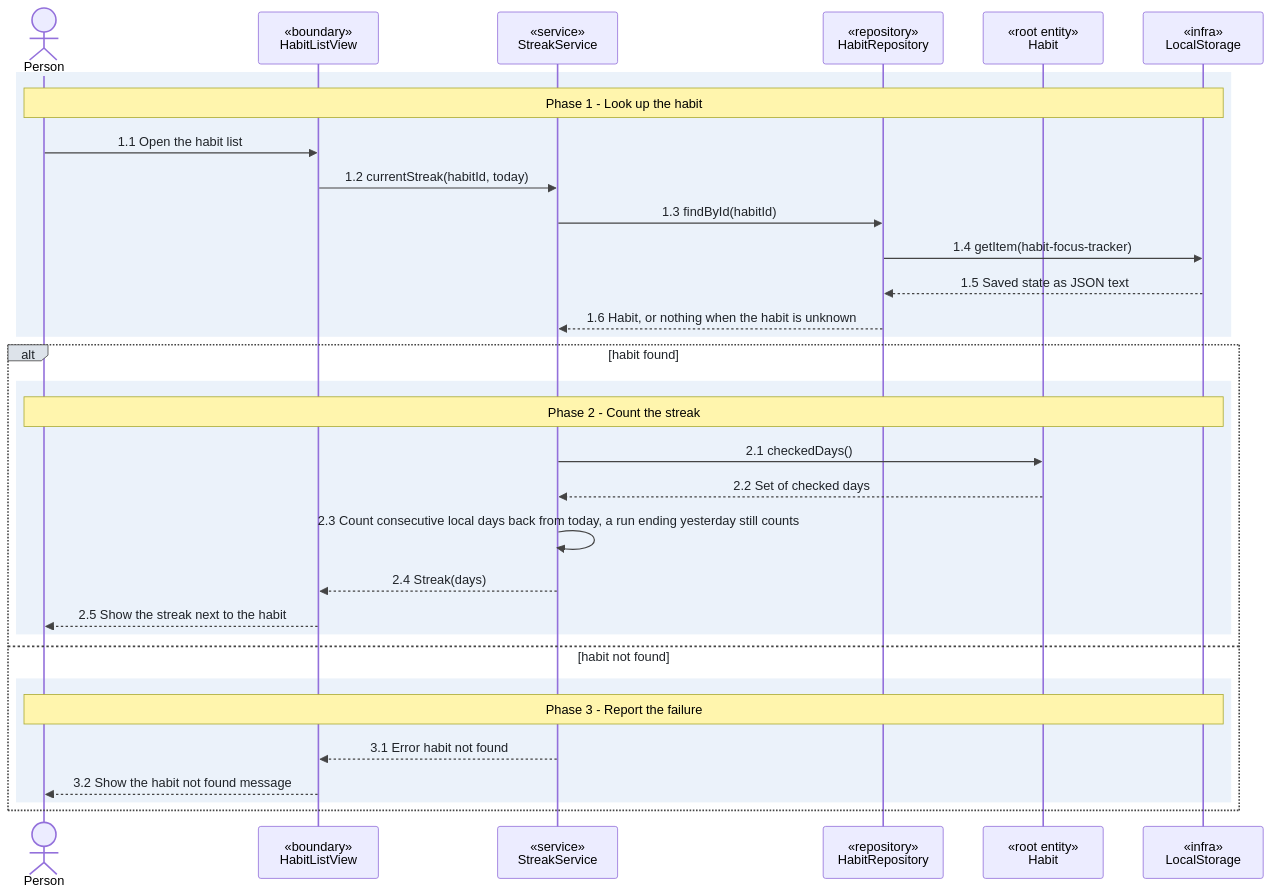
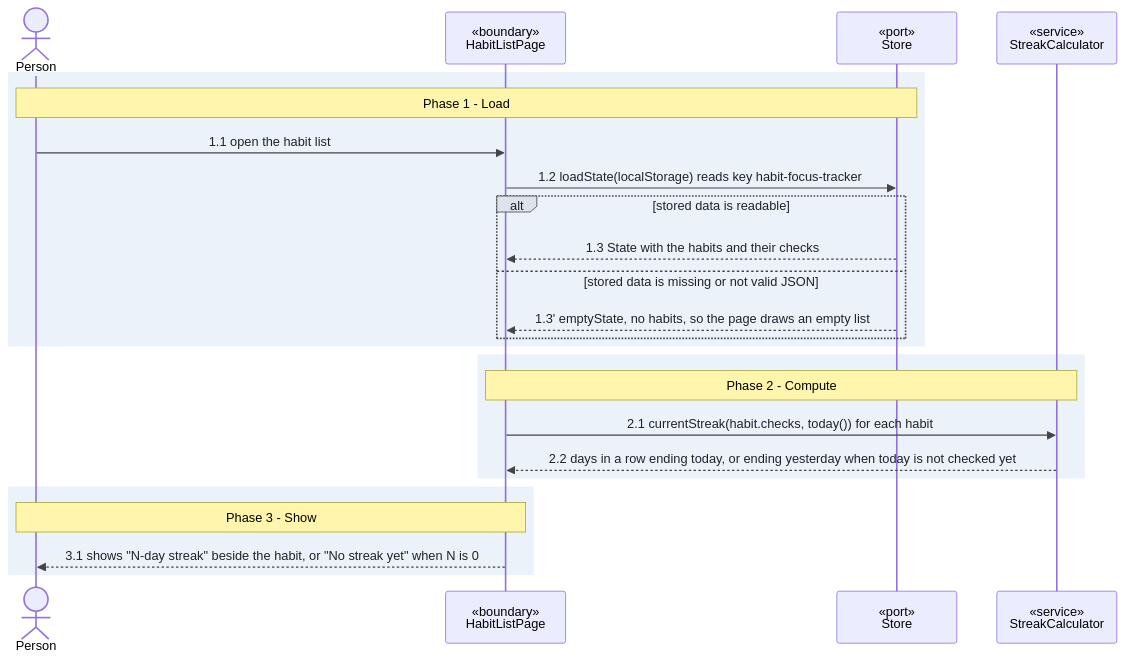
Before and after one commit to joisse1101/the-toolbox: the second of 3 diagrams in toolkit/sample/story-to-code/stages/planned/.plans/habits/slices/streaks/UC-streaks.md, drawn with Mermaid. The commit also changed other lines of this file and 20 other files, not shown here.

````diff
--- a/toolkit/sample/story-to-code/stages/planned/.plans/habits/slices/streaks/UC-streaks.md
+++ b/toolkit/sample/story-to-code/stages/planned/.plans/habits/slices/streaks/UC-streaks.md
@@ -101,35 +89,27 @@
 ```mermaid
 %%{init: {'themeVariables': {'signalTextColor':'#1f2328','labelTextColor':'#1f2328','loopTextColor':'#1f2328','signalColor':'#444','labelBoxBkgColor':'#dde3ea','labelBoxBorderColor':'#444'}}}%%
 sequenceDiagram
-  actor P as Person
-  participant V as «boundary»<br/>HabitListView
-  participant S as «service»<br/>StreakService
-  participant R as «repository»<br/>HabitRepository
-  participant H as «root entity»<br/>Habit
-  participant L as «infra»<br/>LocalStorage
+  actor Person
+  participant Page as «boundary»<br/>HabitListPage
+  participant Store as «port»<br/>Store
+  participant Calc as «service»<br/>StreakCalculator
   rect rgb(235, 242, 250)
-    Note over P,L: Phase 1 - Look up the habit
-    P->>V: 1.1 Open the habit list
-    V->>S: 1.2 currentStreak(habitId, today)
-    S->>R: 1.3 findById(habitId)
-    R->>L: 1.4 getItem(habit-focus-tracker)
-    L-->>R: 1.5 Saved state as JSON text
-    R-->>S: 1.6 Habit, or nothing when the habit is unknown
-  end
-  alt habit found
-    rect rgb(235, 242, 250)
-      Note over P,L: Phase 2 - Count the streak
-      S->>H: 2.1 checkedDays()
-      H-->>S: 2.2 Set of checked days
-      S->>S: 2.3 Count consecutive local days back from today, a run ending yesterday still counts
-      S-->>V: 2.4 Streak(days)
-      V-->>P: 2.5 Show the streak next to the habit
-    end
-  else habit not found
-    rect rgb(235, 242, 250)
-      Note over P,L: Phase 3 - Report the failure
-      S-->>V: 3.1 Error habit not found
-      V-->>P: 3.2 Show the habit not found message
+    Note over Person,Store: Phase 1 - Load
+    Person->>Page: 1.1 open the habit list
+    Page->>Store: 1.2 loadState(localStorage) reads key habit-focus-tracker
+    alt stored data is readable
+      Store-->>Page: 1.3 State with the habits and their checks
+    else stored data is missing or not valid JSON
+      Store-->>Page: 1.3' emptyState, no habits, so the page draws an empty list
     end
   end
+  rect rgb(235, 242, 250)
+    Note over Page,Calc: Phase 2 - Compute
+    Page->>Calc: 2.1 currentStreak(habit.checks, today()) for each habit
+    Calc-->>Page: 2.2 days in a row ending today, or ending yesterday when today is not checked yet
+  end
+  rect rgb(235, 242, 250)
+    Note over Person,Page: Phase 3 - Show
+    Page-->>Person: 3.1 shows "N-day streak" beside the habit, or "No streak yet" when N is 0
+  end
 ```
````
